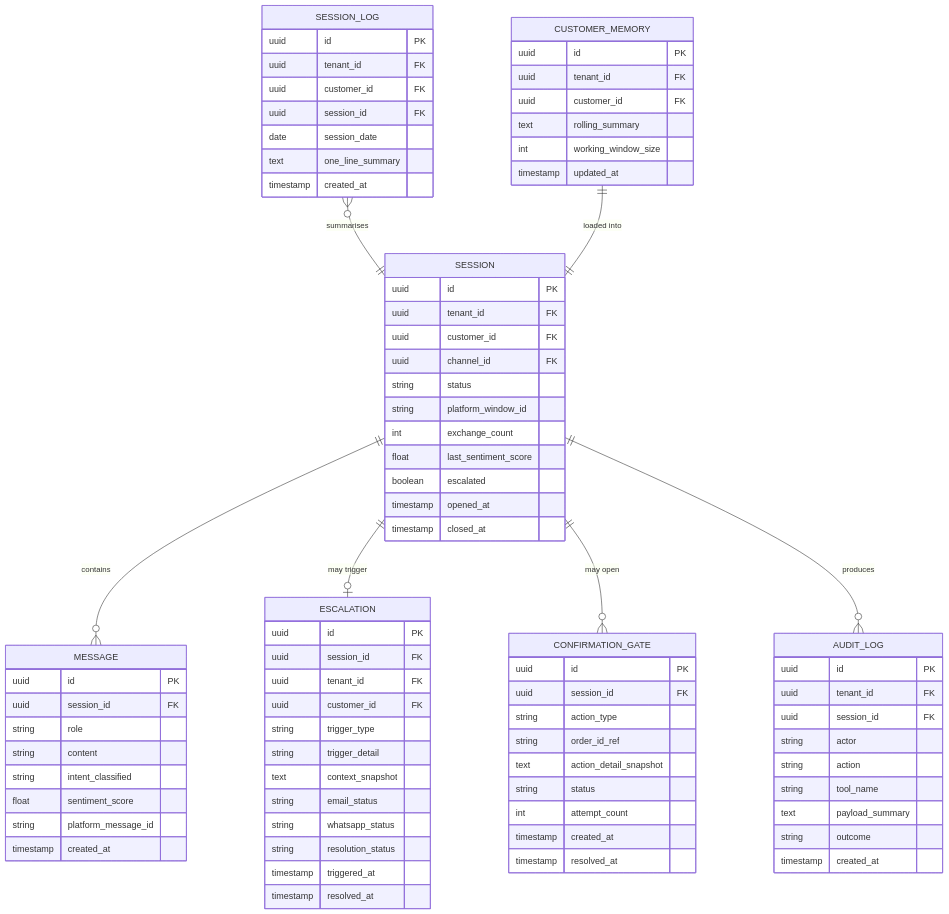
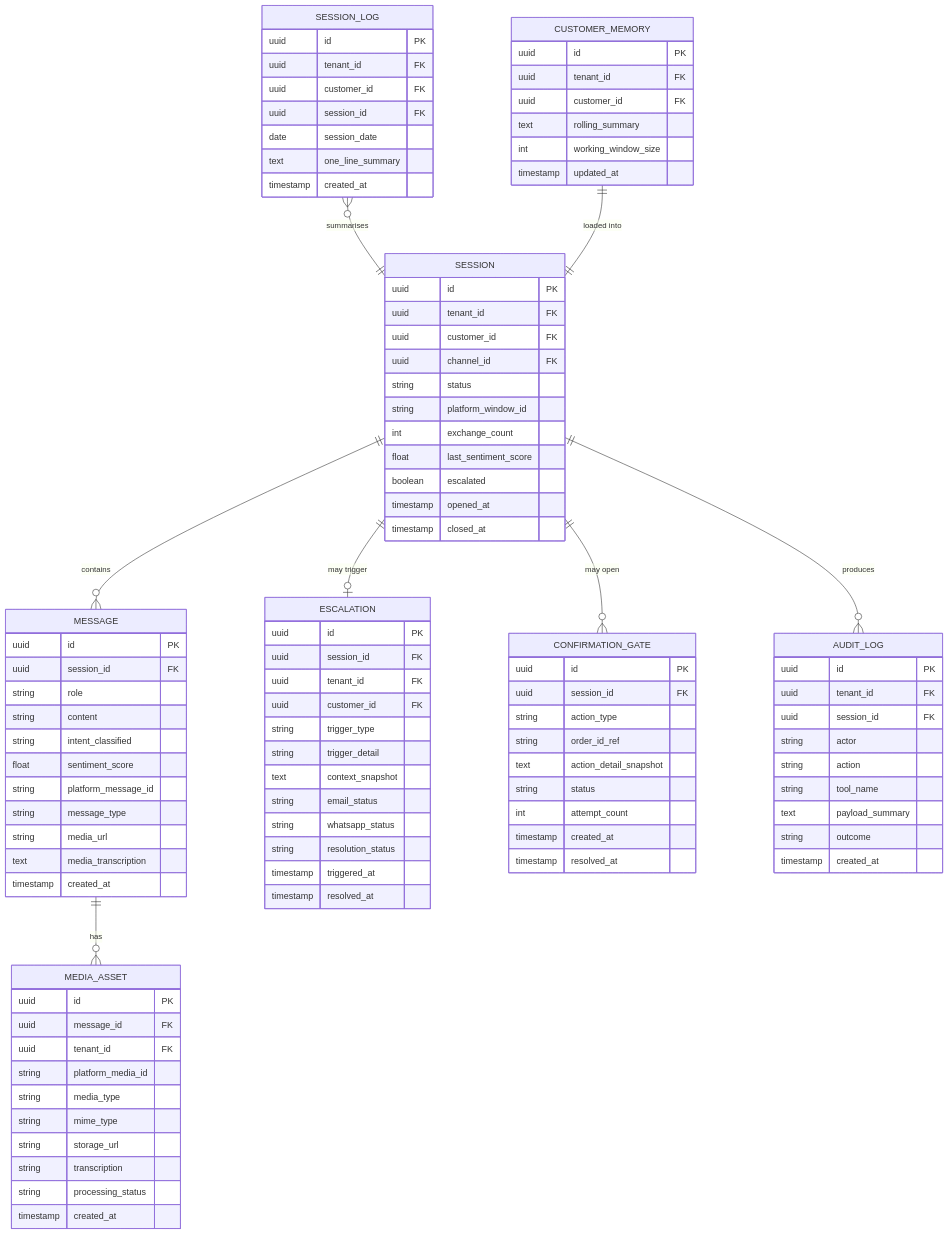
Before and after one commit to prolific-services/MVP-PLAN: the third of 3 diagrams in README.md, drawn with Mermaid. The commit also changed other lines of this file, not shown here.

Commit message:
Explain media handling and improve diagram

````diff
--- a/README.md
+++ b/README.md
@@ -666,6 +704,9 @@
     string intent_classified
     float sentiment_score
     string platform_message_id
+    string message_type
+    string media_url
+    text media_transcription
     timestamp created_at
   }
 
@@ -727,10 +768,24 @@
     timestamp created_at
   }
 
+  MEDIA_ASSET {
+    uuid id PK
+    uuid message_id FK
+    uuid tenant_id FK
+    string platform_media_id
+    string media_type
+    string mime_type
+    string storage_url
+    string transcription
+    string processing_status
+    timestamp created_at
+  }
+
   SESSION ||--o{ MESSAGE : "contains"
   SESSION ||--o| ESCALATION : "may trigger"
   SESSION ||--o{ CONFIRMATION_GATE : "may open"
   SESSION ||--o{ AUDIT_LOG : "produces"
   SESSION_LOG }o--|| SESSION : "summarises"
   CUSTOMER_MEMORY ||--|| SESSION : "loaded into"
+  MESSAGE ||--o{ MEDIA_ASSET : "has"
 ```
````
